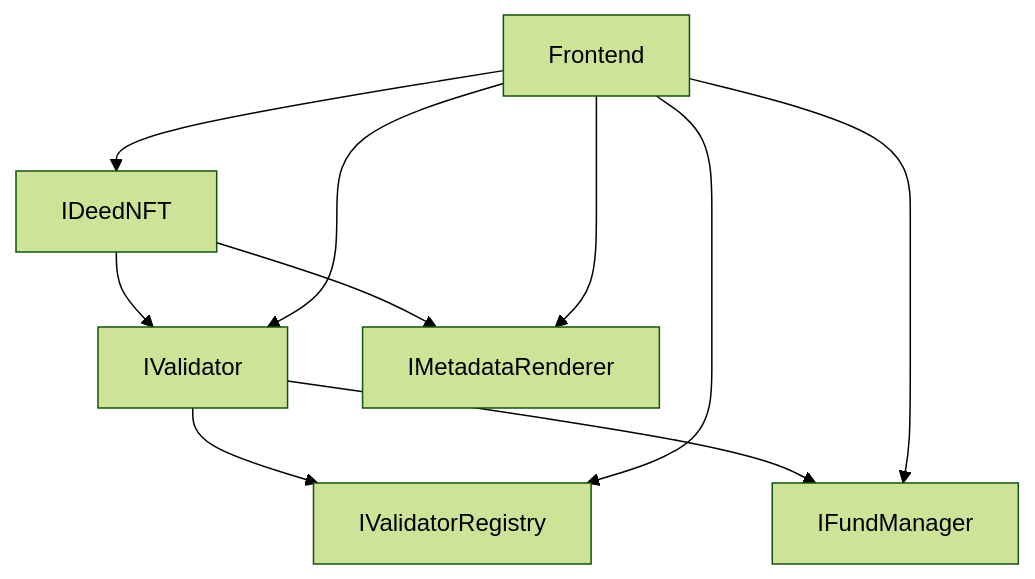
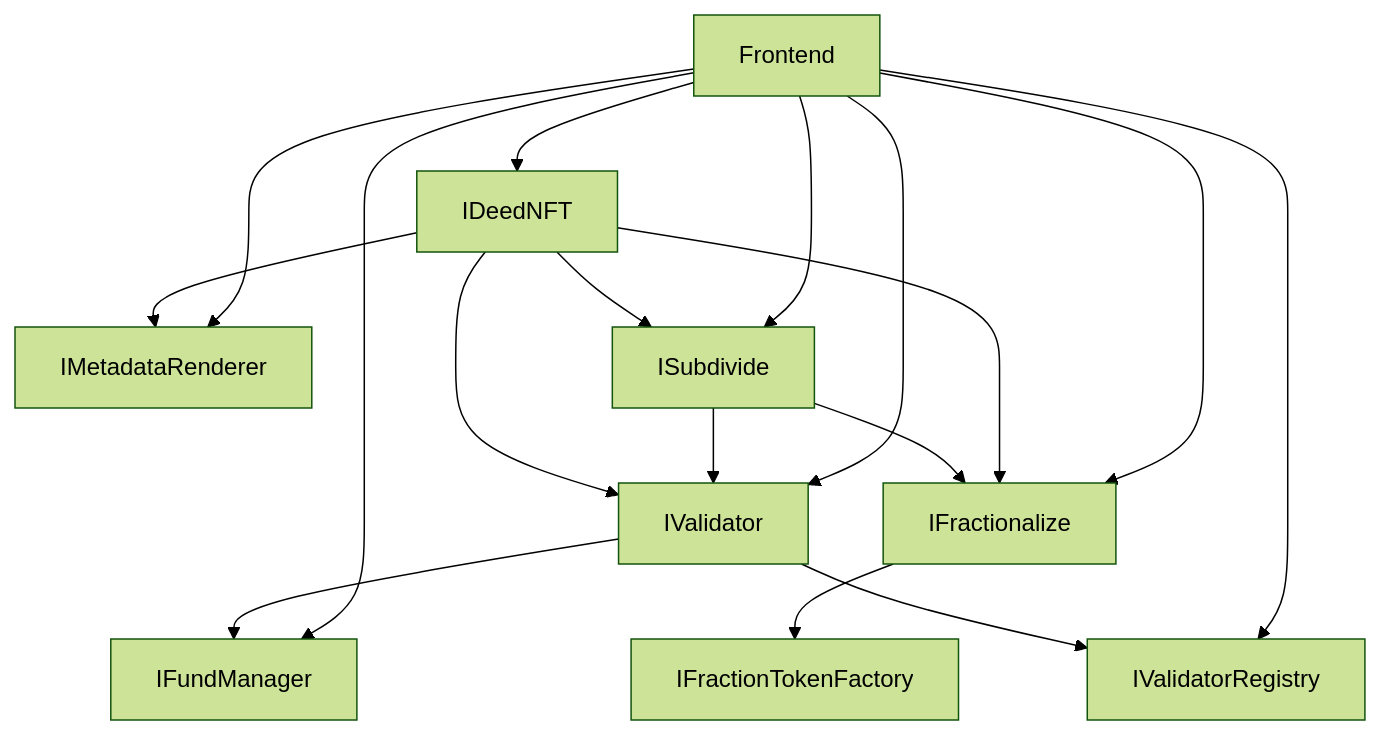
The diagram in docs/api/contract-interfaces.md (Deed3Labs/Protocol-Contracts), drawn with Mermaid (forest theme) before and after one commit. The commit also changed other lines of this file and 48 other files, not shown here.

````diff
--- a/docs/api/contract-interfaces.md
+++ b/docs/api/contract-interfaces.md
@@ -369,12 +541,19 @@
 ```mermaid
 graph TD
     A[IDeedNFT] --> B[IValidator]
     A --> C[IMetadataRenderer]
+    A --> G[ISubdivide]
+    G --> B
+    G --> H[IFractionalize]
+    A --> H
+    H --> I[IFractionTokenFactory]
     B --> D[IValidatorRegistry]
     B --> E[IFundManager]
     F[Frontend] --> A
     F --> B
     F --> C
+    F --> G
+    F --> H
     F --> D
     F --> E
 ```
````
